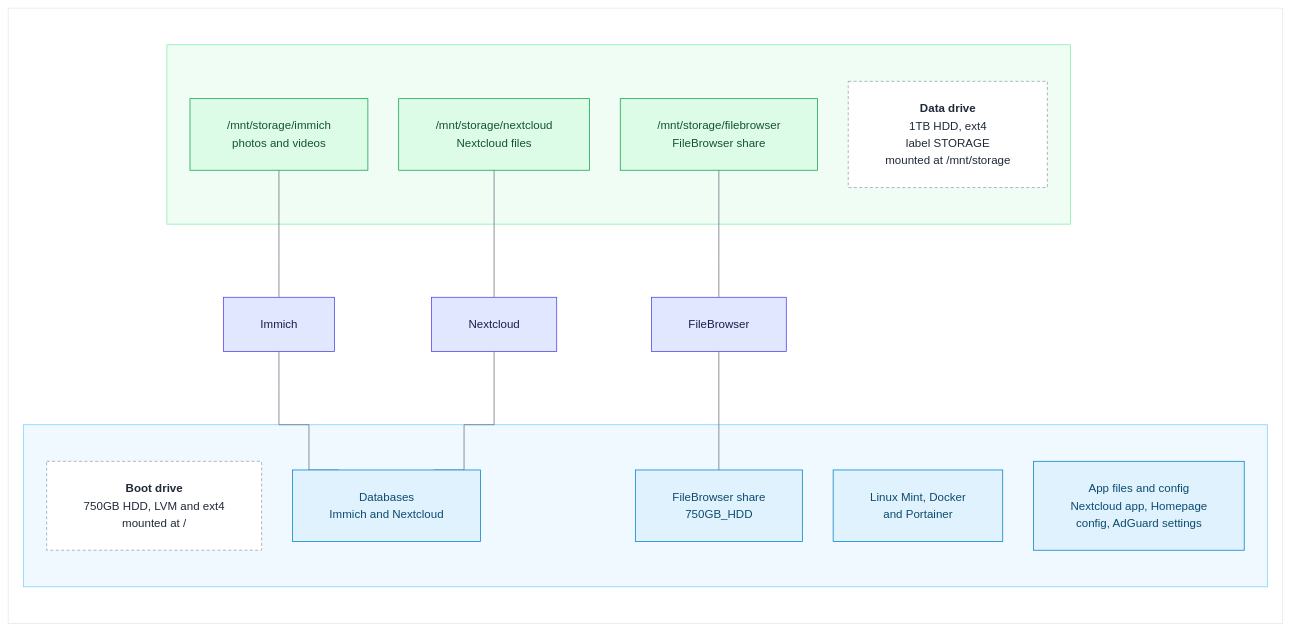
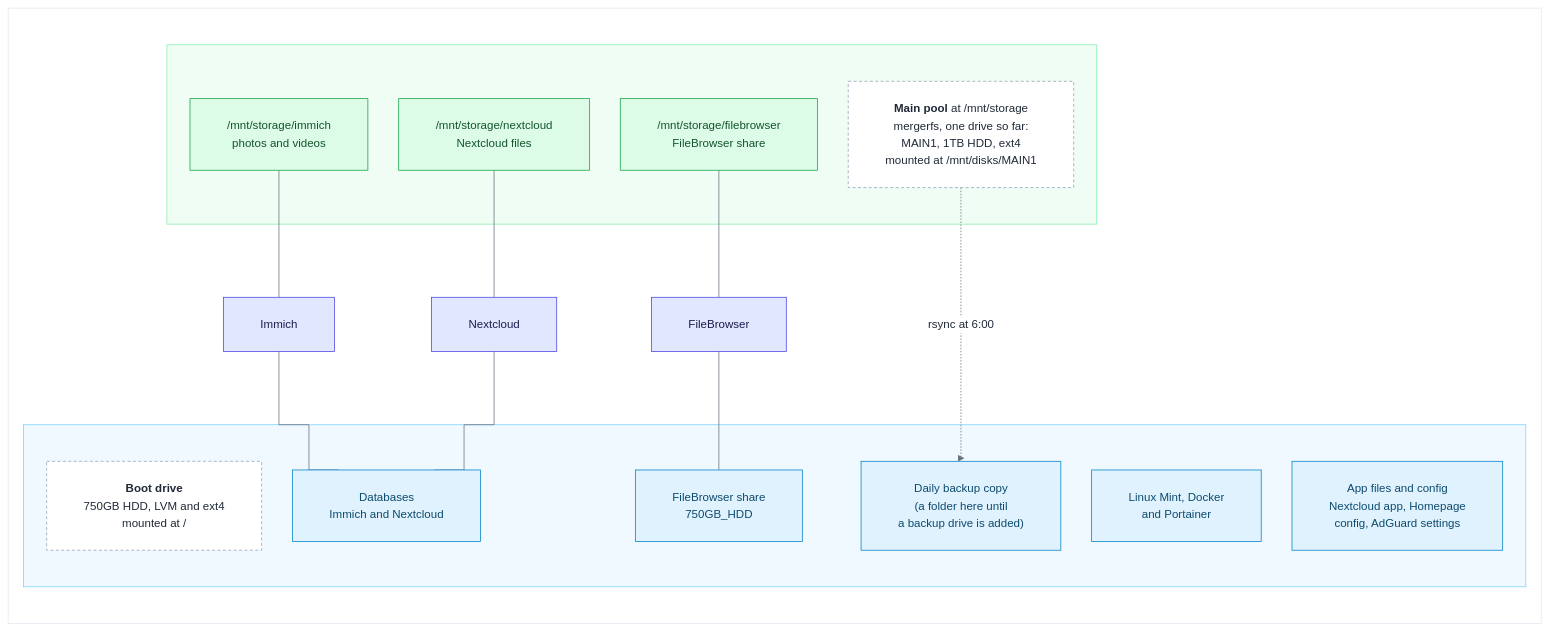
One commit to IbrandonrtI/My-Home-Lab- changed the second of 2 diagrams in README.md. Above: the diagram before and after it, drawn with Mermaid. The commit also changed other lines of this file and 1 other file, not shown here.

````diff
--- a/README.md
+++ b/README.md
@@ -103,46 +104,48 @@
 ```mermaid
 %%{init: {"theme": "base", "flowchart": {"curve": "step", "nodeSpacing": 40, "rankSpacing": 70, "padding": 24, "htmlLabels": true}, "themeVariables": {"fontFamily": "Segoe UI, Roboto, Helvetica, Arial, sans-serif", "fontSize": "15px", "primaryColor": "#eef2ff", "primaryBorderColor": "#6366f1", "primaryTextColor": "#1f2937", "lineColor": "#6b7280", "textColor": "#1f2937", "edgeLabelBackground": "#ffffff", "clusterBkg": "#f8fafc", "clusterBorder": "#cbd5e1"}}}%%
 flowchart TB
     subgraph canvas[" "]
     direction TB
         subgraph data[" "]
-            datainfo["<b>Data drive</b><br/>1TB HDD, ext4<br/>label STORAGE<br/>mounted at /mnt/storage"]
+            datainfo["<b>Main pool</b> at /mnt/storage<br/>mergerfs, one drive so far:<br/>MAIN1, 1TB HDD, ext4<br/>mounted at /mnt/disks/MAIN1"]
             photos["/mnt/storage/immich<br/>photos and videos"]
             files["/mnt/storage/nextcloud<br/>Nextcloud files"]
             fb["/mnt/storage/filebrowser<br/>FileBrowser share"]
         end
 
         immichsvc["Immich"]
         ncsvc["Nextcloud"]
         fbsvc["FileBrowser"]
 
         subgraph boot[" "]
             bootinfo["<b>Boot drive</b><br/>750GB HDD, LVM and ext4<br/>mounted at /"]
             os["Linux Mint, Docker<br/>and Portainer"]
             dbs["Databases<br/>Immich and Nextcloud"]
             share["FileBrowser share<br/>750GB_HDD"]
+        bk["Daily backup copy<br/>(a folder here until<br/>a backup drive is added)"]
             cfg["App files and config<br/>Nextcloud app, Homepage<br/>config, AdGuard settings"]
         end
 
         photos --- immichsvc
         files --- ncsvc
         fb --- fbsvc
         immichsvc --- dbs
         ncsvc --- dbs
         fbsvc --- share
+        datainfo -. "rsync at 6:00" .-> bk
 
     end
 
     classDef svc fill:#e0e7ff,stroke:#4f46e5,color:#1e1b4b
     classDef datac fill:#dcfce7,stroke:#16a34a,color:#14532d
     classDef bootc fill:#e0f2fe,stroke:#0284c7,color:#0c4a6e
     classDef infoc fill:#ffffff,stroke:#94a3b8,color:#1f2937,stroke-dasharray: 4 3
     class immichsvc,ncsvc,fbsvc svc
     class photos,files,fb datac
-    class os,dbs,share,cfg bootc
+    class os,dbs,share,cfg,bk bootc
     class datainfo,bootinfo infoc
     style data fill:#f0fdf4,stroke:#86efac
     style boot fill:#f0f9ff,stroke:#7dd3fc
 
     style canvas fill:#ffffff,stroke:#e2e8f0,stroke-width:1px
 ```
````
